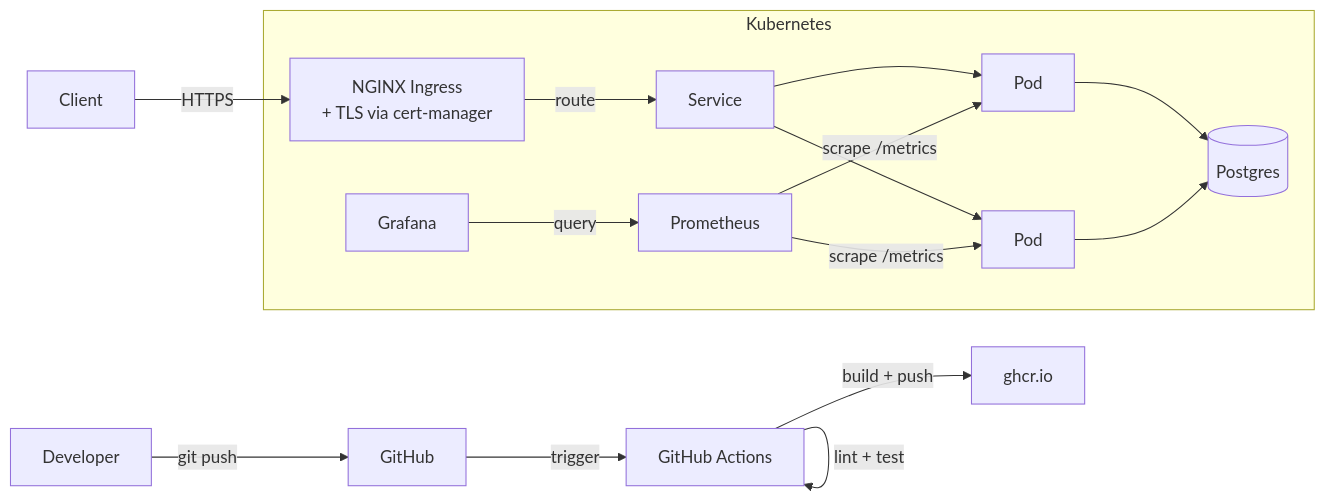
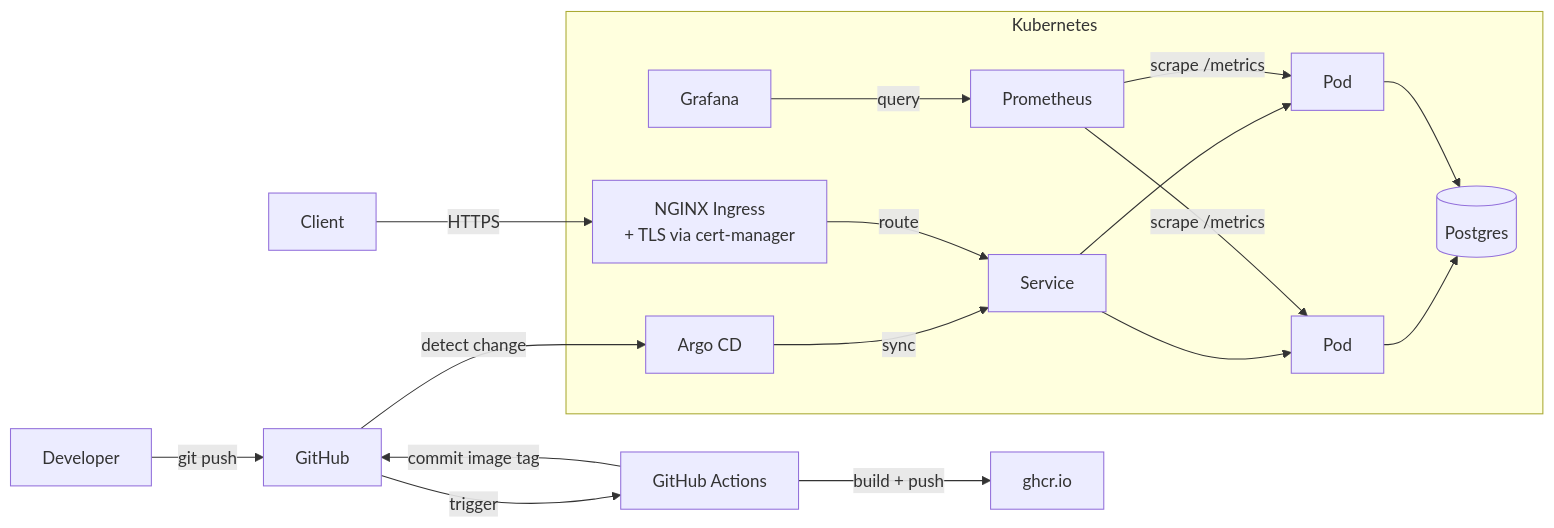
One commit to esuen/launchpad changed the first of 3 diagrams in README.md. Above: the diagram before and after it, drawn with Mermaid. The commit also changed other lines of this file, not shown here.

First line of the commit message:
Fix README: update description, filenames, structure, architecture diagram

````diff
--- a/README.md
+++ b/README.md
@@ -17,20 +17,22 @@
 ```mermaid
 graph LR
     Dev[Developer] -->|git push| GH[GitHub]
     GH -->|trigger| CI[GitHub Actions]
-    CI -->|lint + test| CI
     CI -->|build + push| GHCR[ghcr.io]
+    CI -->|commit image tag| GH
+    GH -->|detect change| ArgoCD[Argo CD]
 
     Client[Client] -->|HTTPS| Ingress[NGINX Ingress<br/>+ TLS via cert-manager]
 
     subgraph Kubernetes
-        Ingress -->|route| Svc[Service]
+        ArgoCD -->|sync| Svc[Service]
+        Ingress -->|route| Svc
         Svc --> PodA[Pod]
         Svc --> PodB[Pod]
         PodA --> PG[(Postgres)]
         PodB --> PG
         Prometheus -->|scrape /metrics| PodA
         Prometheus -->|scrape /metrics| PodB
         Grafana -->|query| Prometheus
     end
 ```
````
